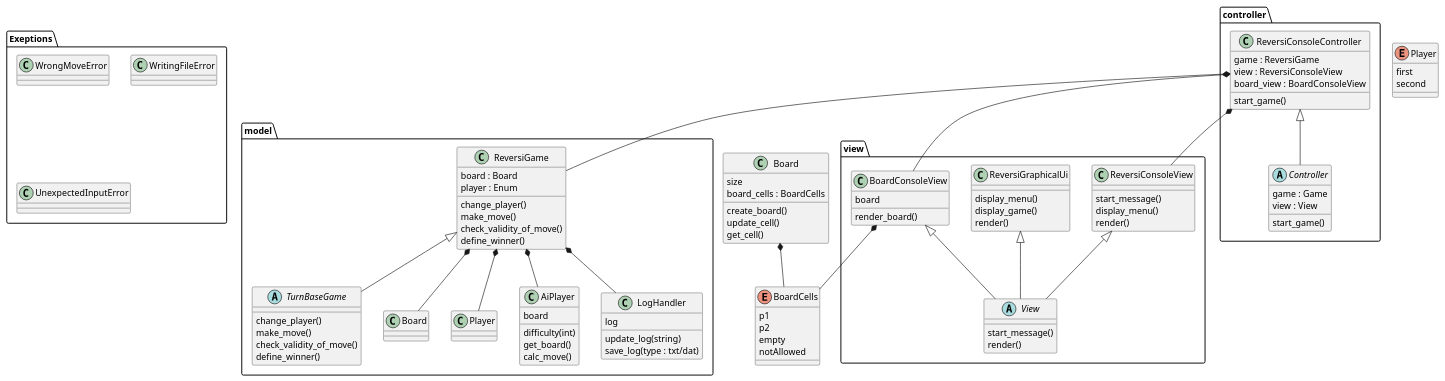
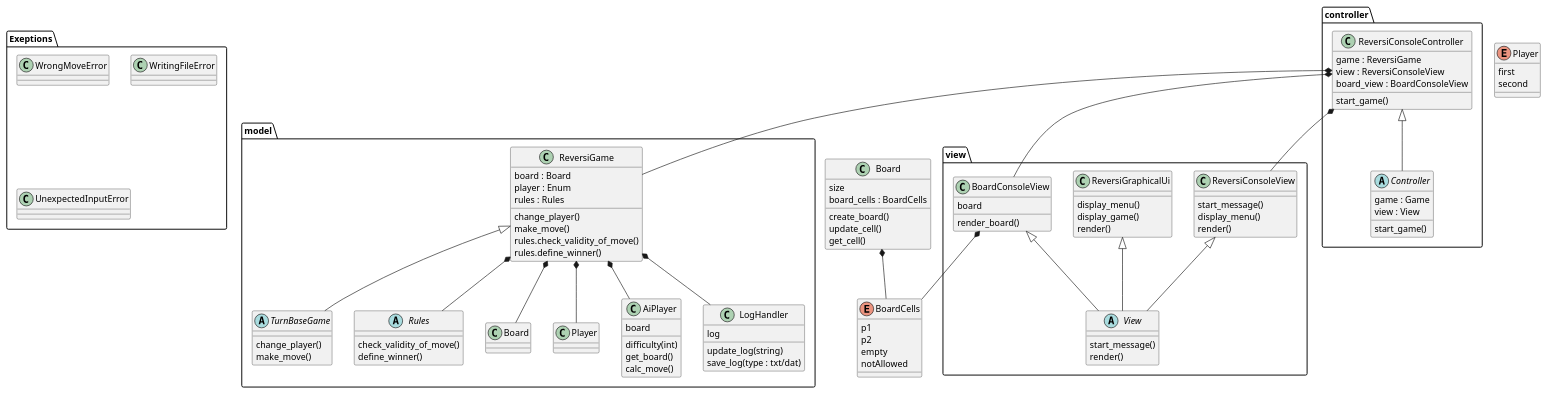
One commit to ImmIm/Brightcode_python_project changed the diagram in project.puml. Above: the diagram before and after it, drawn with PlantUML. The commit also changed 13 other files, not shown here.

```diff
--- a/project.puml
+++ b/project.puml
@@ -1,142 +1,147 @@
 @startuml Reversi
 
 package model {
 
     abstract class TurnBaseGame {
     change_player()
     make_move()
+    }
+
+    abstract class Rules {
     check_validity_of_move()
     define_winner()
     }
 
+    ReversiGame *-- Rules
     ReversiGame <|-- TurnBaseGame
     ReversiGame *-- Board
     ReversiGame *-- Player
 
     class ReversiGame {
         board : Board
         player : Enum
+        rules : Rules
         change_player()
         make_move()
-        check_validity_of_move()
-        define_winner()
+        rules.check_validity_of_move()
+        rules.define_winner()
     }
 
     class AiPlayer {
         board
         difficulty(int)
         get_board()
         calc_move()
     }
 
     ReversiGame *-- AiPlayer
 
     class LogHandler {
         log
         update_log(string)
         save_log(type : txt/dat)
     }
 }
 
 package view {
     abstract class View {
     start_message()
     render()
     }
 
     class BoardConsoleView {
         board
         render_board()
     }
 
 
 
     class ReversiConsoleView {
         start_message()
         display_menu()
         render()
     }
 
     class ReversiGraphicalUi {
         display_menu()
         display_game()
         render()
     }
 
     ReversiConsoleView <|-- View
     ReversiGraphicalUi <|-- View
     BoardConsoleView <|-- View
 
 
 }
 
 
 package controller {
     abstract class Controller {
     game : Game
     view : View
     start_game()
     }
 
     class ReversiConsoleController {
         game : ReversiGame
         view : ReversiConsoleView
         board_view : BoardConsoleView
         start_game()
     }
 }
 
 
 ReversiGame *-- LogHandler
 
 class Board {
     size
     board_cells : BoardCells
     create_board()
     update_cell()
     get_cell()
 }
 
 Board *-- BoardCells
 
 enum Player {
     first
     second
 }
 
 enum BoardCells {
     p1
     p2
     empty
     notAllowed
 }
 
 package Exeptions {
 
     class WrongMoveError{
 
     }
 
     class WritingFileError{
 
     }
 
     class UnexpectedInputError {
 
     }
 }
 
 
 
 
 
 ReversiConsoleController <|-- Controller
 
 
 ReversiConsoleController *-- ReversiConsoleView
 ReversiConsoleController *-- BoardConsoleView
 BoardConsoleView *-- BoardCells
 ReversiConsoleController *-- ReversiGame
 
 
 @enduml
```
